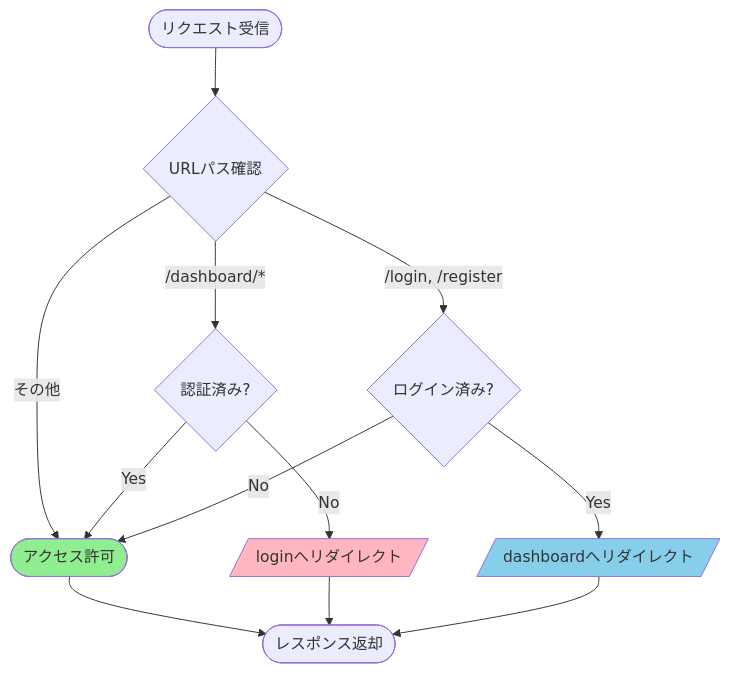
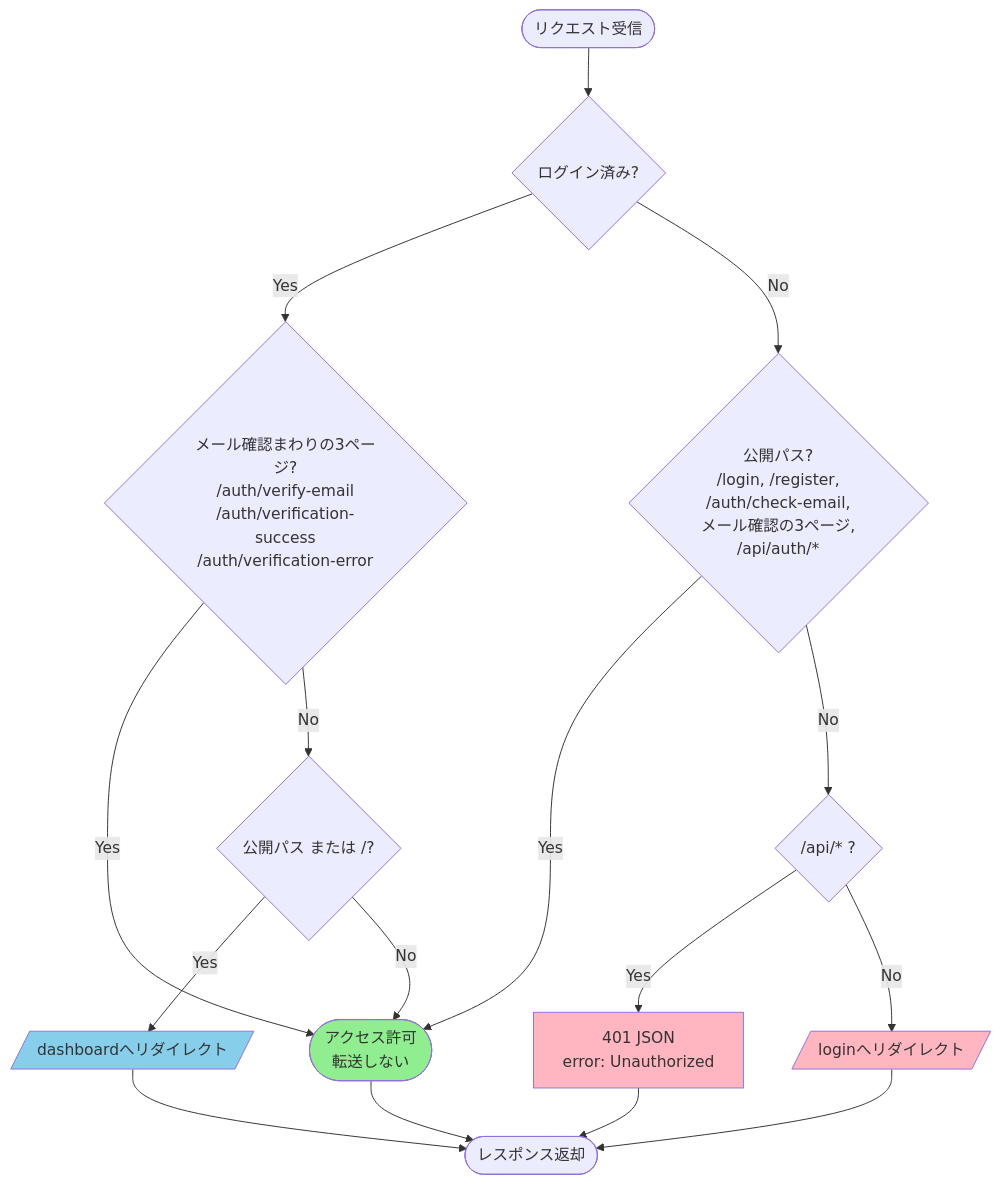
One commit to kazumadev619-dev/FishingConditionsApp changed the tenth of 11 diagrams in docs/reference/authentication-diagrams.md. Above: the diagram before and after it, drawn with Mermaid. The commit also changed other lines of this file and 6 other files, not shown here.

````diff
--- a/docs/reference/authentication-diagrams.md
+++ b/docs/reference/authentication-diagrams.md
@@ -432,22 +433,26 @@
 ```mermaid
 flowchart TD
-    Request([リクエスト受信]) --> CheckURL{URLパス確認}
+    Request([リクエスト受信]) --> Logged{ログイン済み?}
 
-    CheckURL -->|/dashboard/*| RequireAuth{認証済み?}
-    CheckURL -->|/login, /register| CheckLogged{ログイン済み?}
-    CheckURL -->|その他| AllowAccess([アクセス許可])
+    Logged -->|Yes| Verif{"メール確認まわりの3ページ?<br/>/auth/verify-email<br/>/auth/verification-success<br/>/auth/verification-error"}
+    Verif -->|Yes| AllowAccess([アクセス許可<br/>転送しない])
+    Verif -->|No| PublicOrRoot{"公開パス または /?"}
+    PublicOrRoot -->|Yes| RedirectDashboard[/dashboardへリダイレクト/]
+    PublicOrRoot -->|No| AllowAccess
 
-    RequireAuth -->|Yes| AllowAccess
-    RequireAuth -->|No| RedirectLogin[/loginへリダイレクト/]
-
-    CheckLogged -->|Yes| RedirectDashboard[/dashboardへリダイレクト/]
-    CheckLogged -->|No| AllowAccess
+    Logged -->|No| Public{"公開パス?<br/>/login, /register,<br/>/auth/check-email,<br/>メール確認の3ページ,<br/>/api/auth/*"}
+    Public -->|Yes| AllowAccess
+    Public -->|No| IsApi{"/api/* ?"}
+    IsApi -->|Yes| Unauthorized["401 JSON<br/>error: Unauthorized"]
+    IsApi -->|No| RedirectLogin[/loginへリダイレクト/]
 
     AllowAccess --> Response([レスポンス返却])
     RedirectLogin --> Response
     RedirectDashboard --> Response
+    Unauthorized --> Response
 
     style AllowAccess fill:#90EE90
     style RedirectLogin fill:#FFB6C1
+    style Unauthorized fill:#FFB6C1
     style RedirectDashboard fill:#87CEEB
 ```
````
